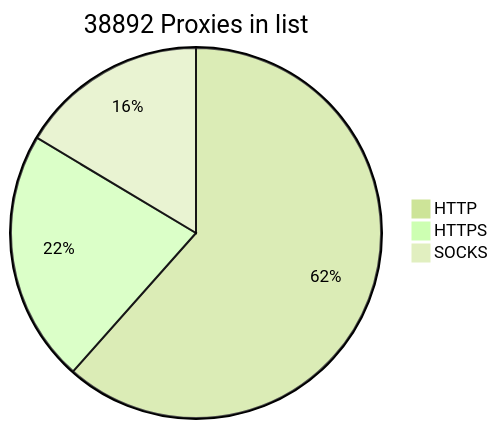
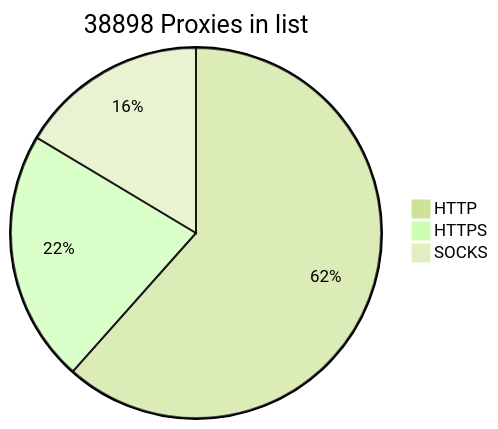
One commit to BlackSnowDot/proxylist-update-every-minute changed the diagram in README.md. Above: the diagram before and after it, drawn with Mermaid (forest theme).

````diff
--- a/README.md
+++ b/README.md
@@ -2,6 +2,6 @@
 ```mermaid
-pie title 38892 Proxies in list
-    "HTTP" : 28150
+pie title 38898 Proxies in list
+    "HTTP" : 28156
     "HTTPS": 10070
     "SOCKS" : 7506
 ```
````
